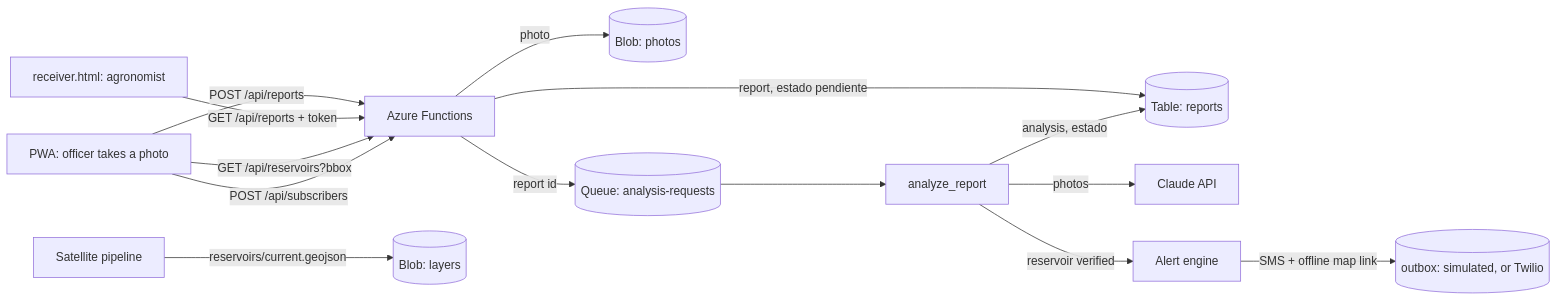
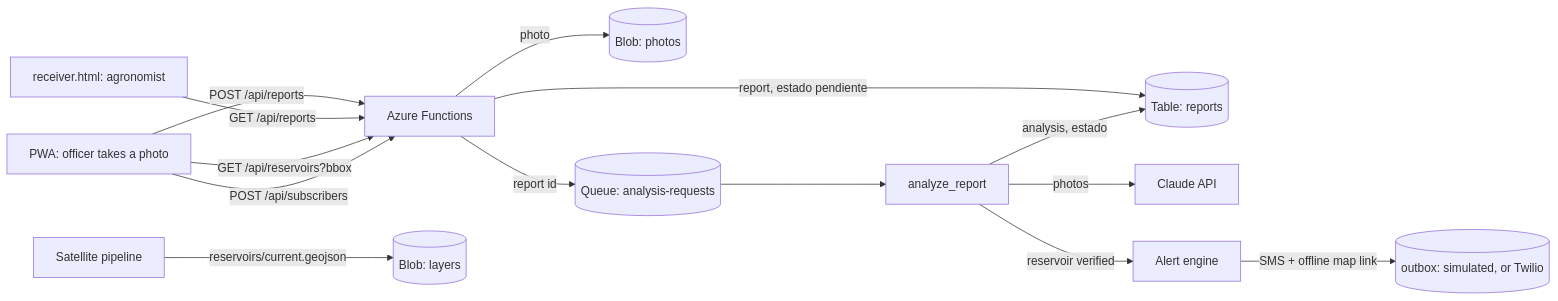
Before and after one commit to Cantorni/Gusanito: the diagram in README.md, drawn with Mermaid. The commit also changed other lines of this file and 5 other files, not shown here.

````diff
--- a/README.md
+++ b/README.md
@@ -11,16 +11,16 @@
 ```mermaid
 flowchart LR
   PWA[PWA: officer takes a photo] -->|POST /api/reports| API[Azure Functions]
   API -->|photo| Blob[(Blob: photos)]
   API -->|report, estado pendiente| Table[(Table: reports)]
   API -->|report id| Queue[(Queue: analysis-requests)]
   Queue --> Worker[analyze_report]
   Worker -->|photos| Claude[Claude API]
   Worker -->|analysis, estado| Table
-  Receiver[receiver.html: agronomist] -->|GET /api/reports + token| API
+  Receiver[receiver.html: agronomist] -->|GET /api/reports| API
   Pipeline[Satellite pipeline] -->|reservoirs/current.geojson| Layers[(Blob: layers)]
   PWA -->|GET /api/reservoirs?bbox| API
   PWA -->|POST /api/subscribers| API
   Worker -->|reservoir verified| Engine[Alert engine]
   Engine -->|SMS + offline map link| Outbox[(outbox: simulated, or Twilio)]
 ```
````
